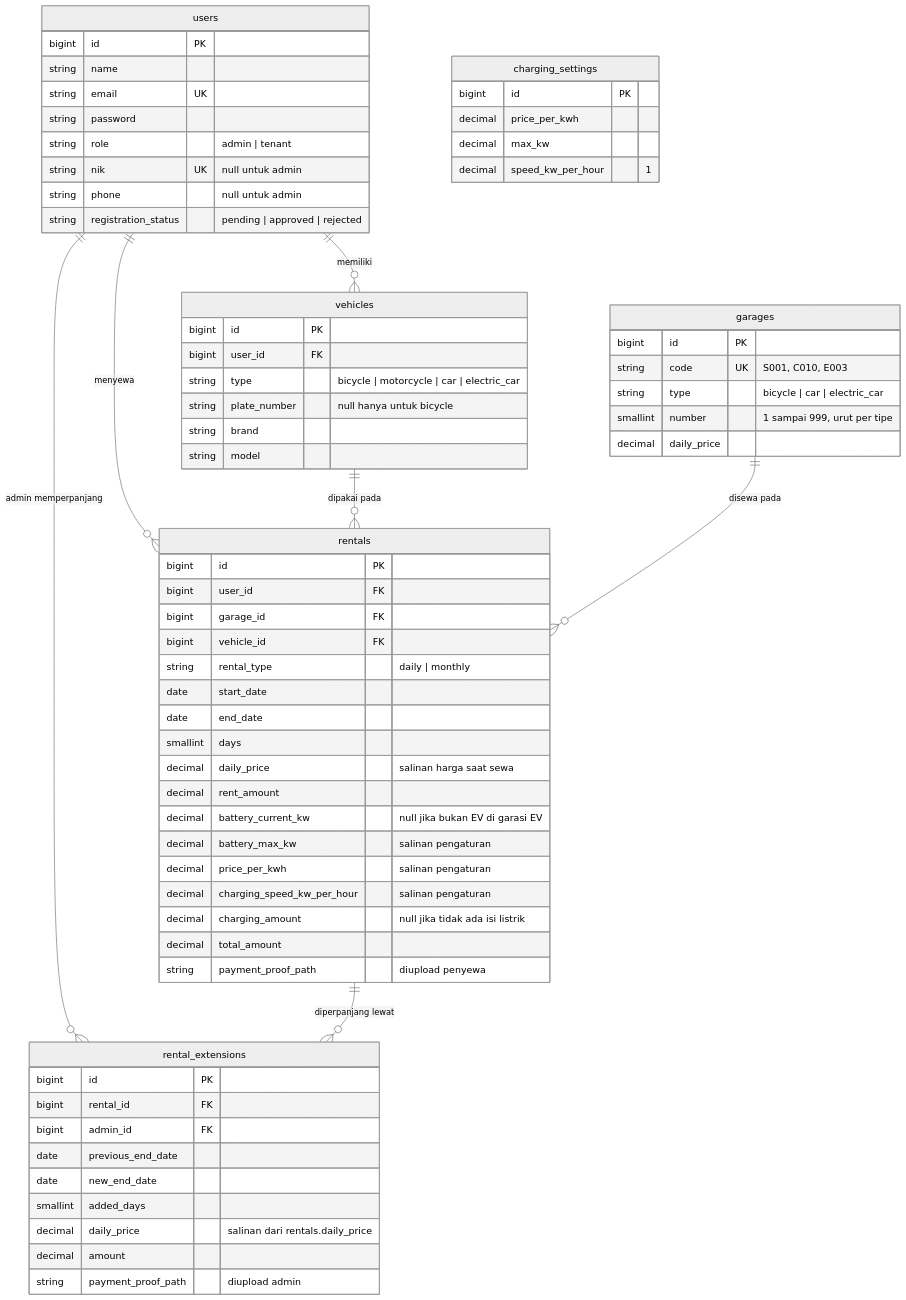
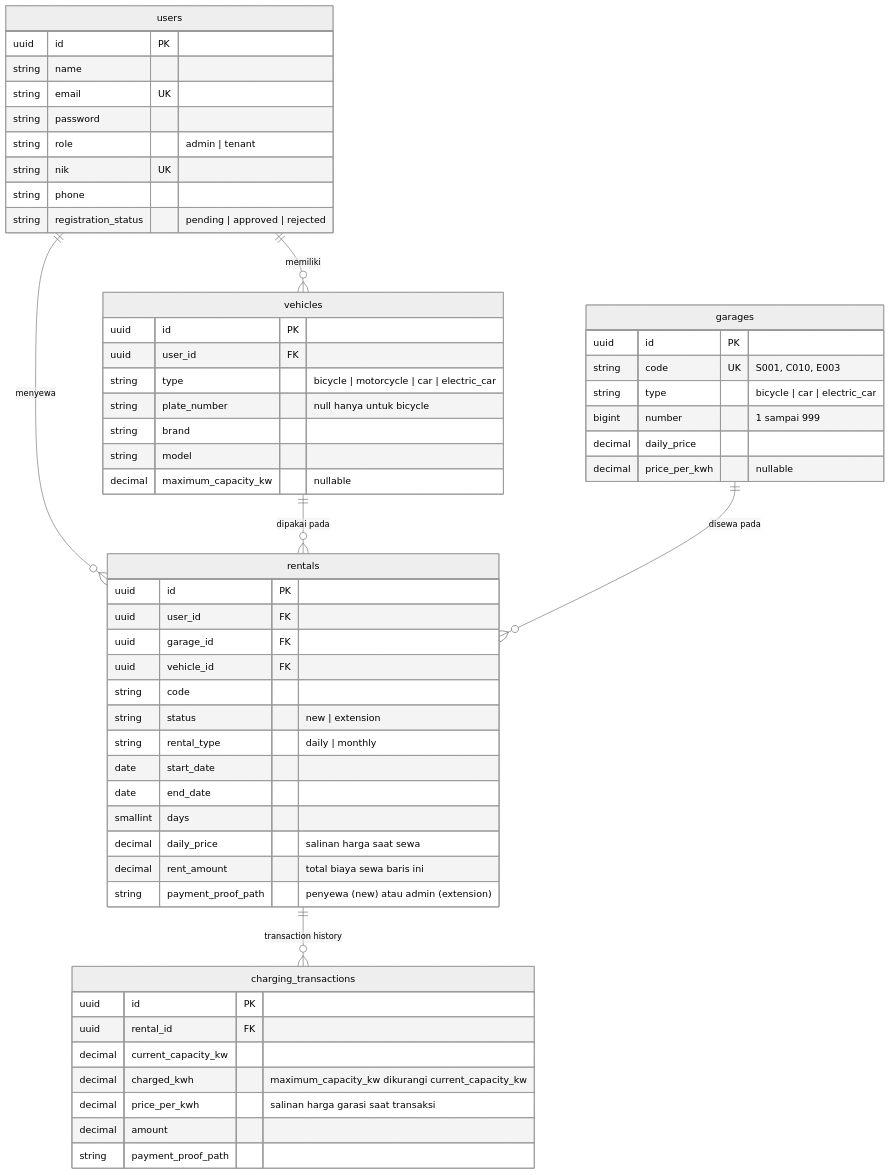
One commit to davetanjung/sertifikasi changed the diagram in docs/erd.md. Above: the diagram before and after it, drawn with Mermaid (neutral theme). The commit also changed other lines of this file and 2 other files, not shown here.

Commit message:
update requirements and fix erd

````diff
--- a/docs/erd.md
+++ b/docs/erd.md
@@ -3,76 +3,64 @@
 ```mermaid
 erDiagram
     users ||--o{ vehicles : "memiliki"
     users ||--o{ rentals : "menyewa"
-    users ||--o{ rental_extensions : "admin memperpanjang"
     vehicles ||--o{ rentals : "dipakai pada"
     garages ||--o{ rentals : "disewa pada"
-    rentals ||--o{ rental_extensions : "diperpanjang lewat"
+    rentals ||--o{ charging_transactions : "transaction history"
 
     users {
-        bigint id PK
+        uuid id PK
         string name
         string email UK
         string password
         string role "admin | tenant"
-        string nik UK "null untuk admin"
-        string phone "null untuk admin"
+        string nik UK
+        string phone
         string registration_status "pending | approved | rejected"
     }
 
     vehicles {
-        bigint id PK
-        bigint user_id FK
+        uuid id PK
+        uuid user_id FK
         string type "bicycle | motorcycle | car | electric_car"
         string plate_number "null hanya untuk bicycle"
         string brand
         string model
+        decimal maximum_capacity_kw "nullable"
     }
 
     garages {
-        bigint id PK
+        uuid id PK
         string code UK "S001, C010, E003"
         string type "bicycle | car | electric_car"
-        smallint number "1 sampai 999, urut per tipe"
+        bigint number "1 sampai 999"
         decimal daily_price
+        decimal price_per_kwh "nullable"
     }
 
     rentals {
-        bigint id PK
-        bigint user_id FK
-        bigint garage_id FK
-        bigint vehicle_id FK
+        uuid id PK
+        uuid user_id FK
+        uuid garage_id FK
+        uuid vehicle_id FK
+        string code 
+        string status "new | extension"
         string rental_type "daily | monthly"
         date start_date
         date end_date
         smallint days
         decimal daily_price "salinan harga saat sewa"
-        decimal rent_amount
-        decimal battery_current_kw "null jika bukan EV di garasi EV"
-        decimal battery_max_kw "salinan pengaturan"
-        decimal price_per_kwh "salinan pengaturan"
-        decimal charging_speed_kw_per_hour "salinan pengaturan"
-        decimal charging_amount "null jika tidak ada isi listrik"
-        decimal total_amount
-        string payment_proof_path "diupload penyewa"
+        decimal rent_amount "total biaya sewa baris ini"
+        string payment_proof_path "penyewa (new) atau admin (extension)"
     }
 
-    rental_extensions {
-        bigint id PK
-        bigint rental_id FK
-        bigint admin_id FK
-        date previous_end_date
-        date new_end_date
-        smallint added_days
-        decimal daily_price "salinan dari rentals.daily_price"
+    charging_transactions {
+        uuid id PK
+        uuid rental_id FK
+        decimal current_capacity_kw
+        decimal charged_kwh "maximum_capacity_kw dikurangi current_capacity_kw"
+        decimal price_per_kwh "salinan harga garasi saat transaksi"
         decimal amount
-        string payment_proof_path "diupload admin"
-    }
-
-    charging_settings {
-        bigint id PK
-        decimal price_per_kwh
-        decimal max_kw
-        decimal speed_kw_per_hour "1"
+        string payment_proof_path 
     }
 ```
````
